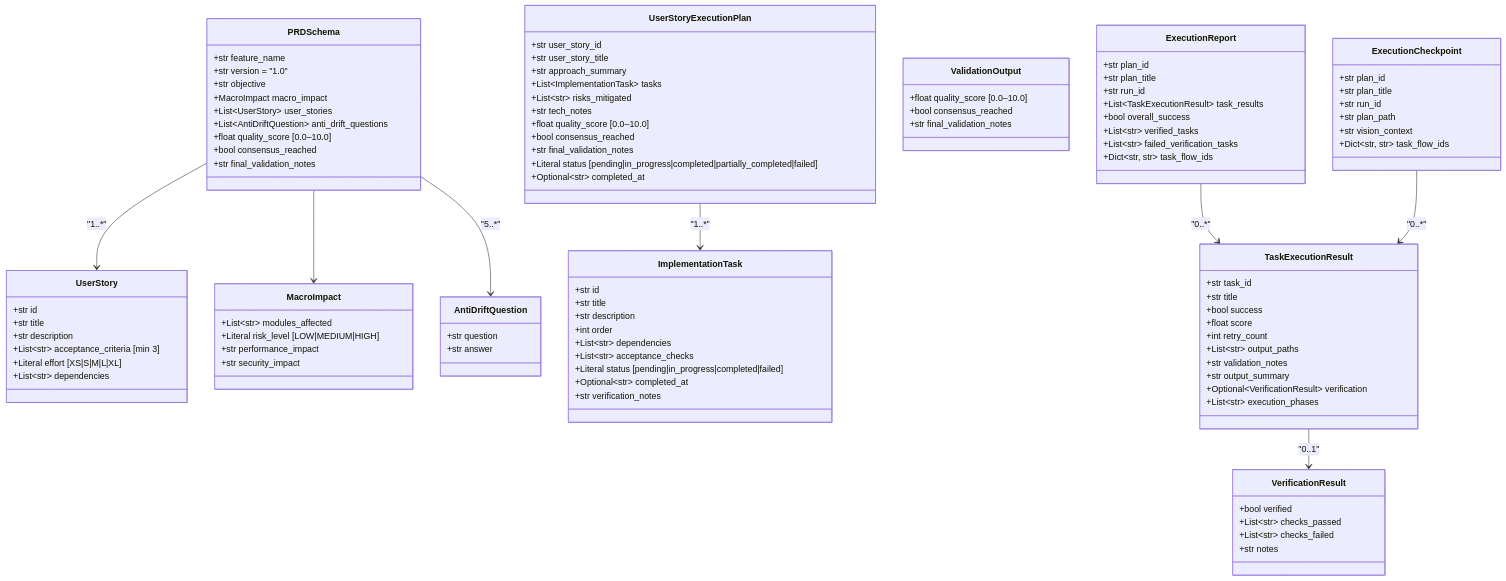
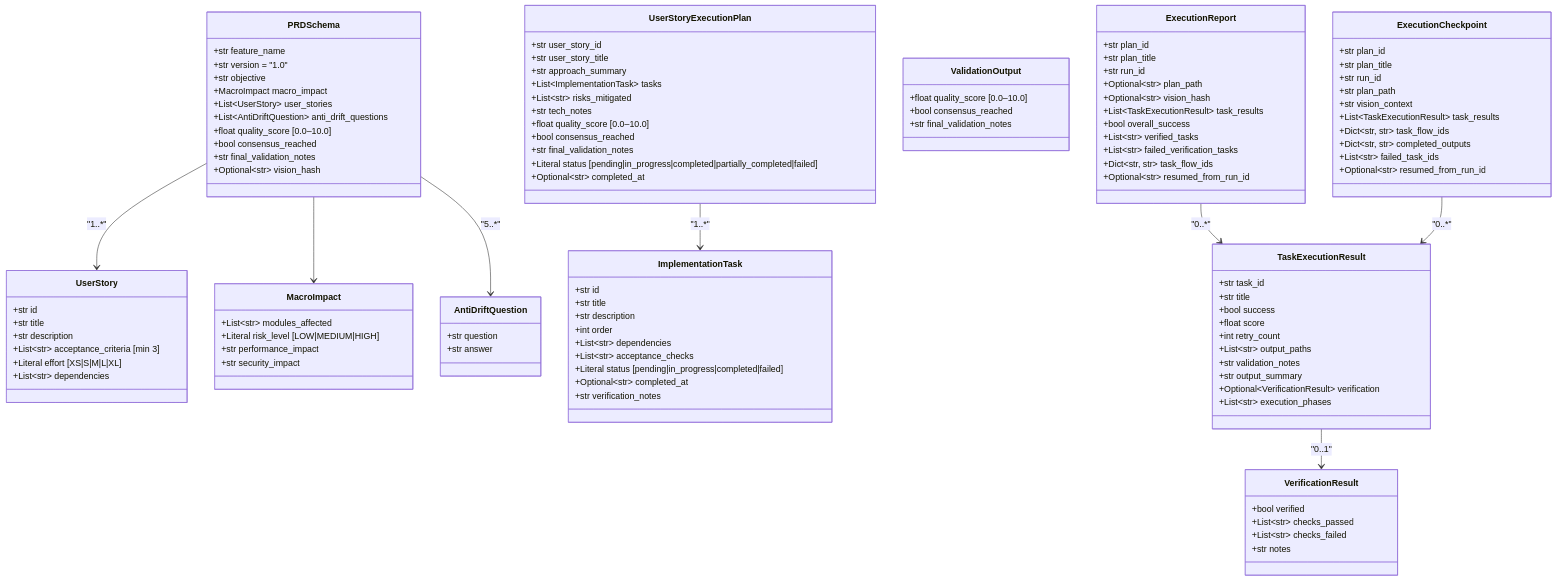
One commit to darthlinuxer/dialectic-crew-ai changed the first of 4 diagrams in docs/schemas.md. Above: the diagram before and after it, drawn with Mermaid. The commit also changed other lines of this file and 20 other files, not shown here.

```diff
--- a/docs/schemas.md
+++ b/docs/schemas.md
@@ -18,6 +18,7 @@
         +float quality_score [0.0–10.0]
         +bool consensus_reached
         +str final_validation_notes
+        +Optional~str~ vision_hash
     }
 
     class UserStory {
@@ -97,11 +98,14 @@
         +str plan_id
         +str plan_title
         +str run_id
+        +Optional~str~ plan_path
+        +Optional~str~ vision_hash
         +List~TaskExecutionResult~ task_results
         +bool overall_success
         +List~str~ verified_tasks
         +List~str~ failed_verification_tasks
         +Dict~str, str~ task_flow_ids
+        +Optional~str~ resumed_from_run_id
     }
 
     class ExecutionCheckpoint {
@@ -110,7 +114,11 @@
         +str run_id
         +str plan_path
         +str vision_context
+        +List~TaskExecutionResult~ task_results
         +Dict~str, str~ task_flow_ids
+        +Dict~str, str~ completed_outputs
+        +List~str~ failed_task_ids
+        +Optional~str~ resumed_from_run_id
     }
 
     PRDSchema --> MacroImpact
```
